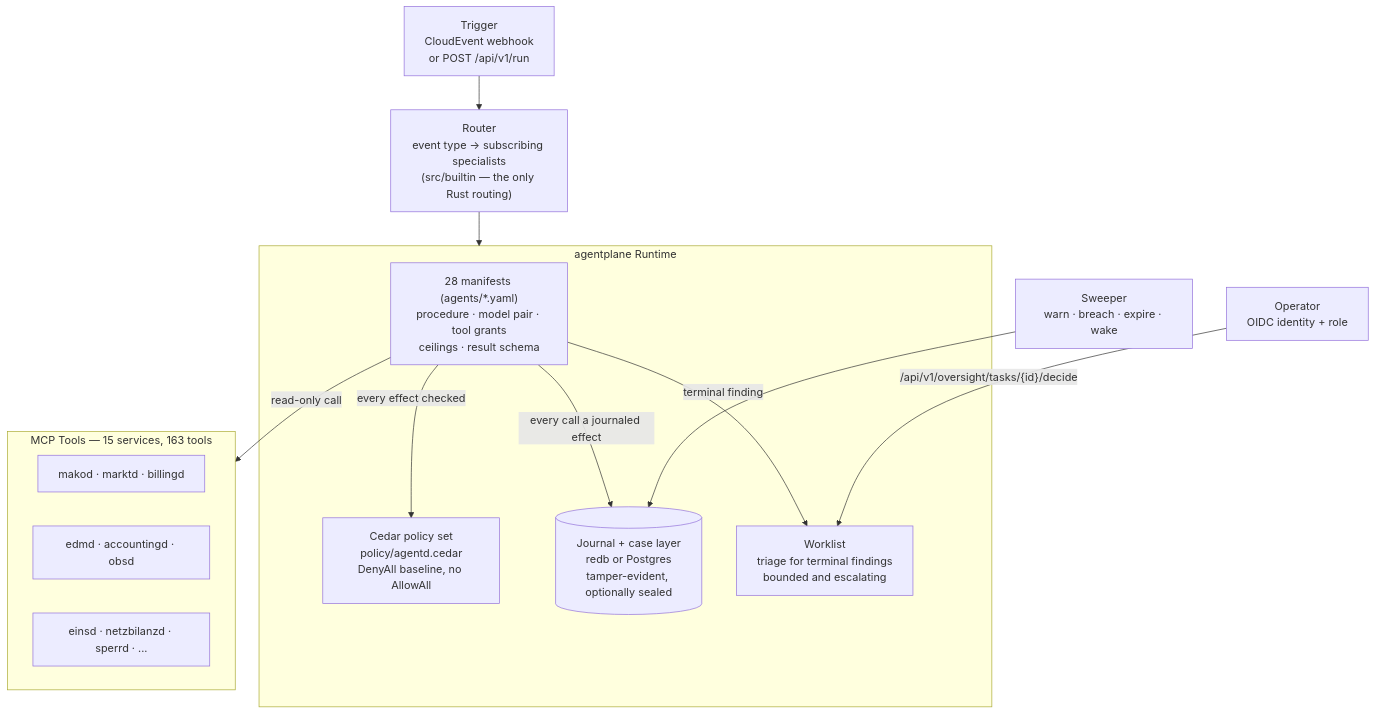
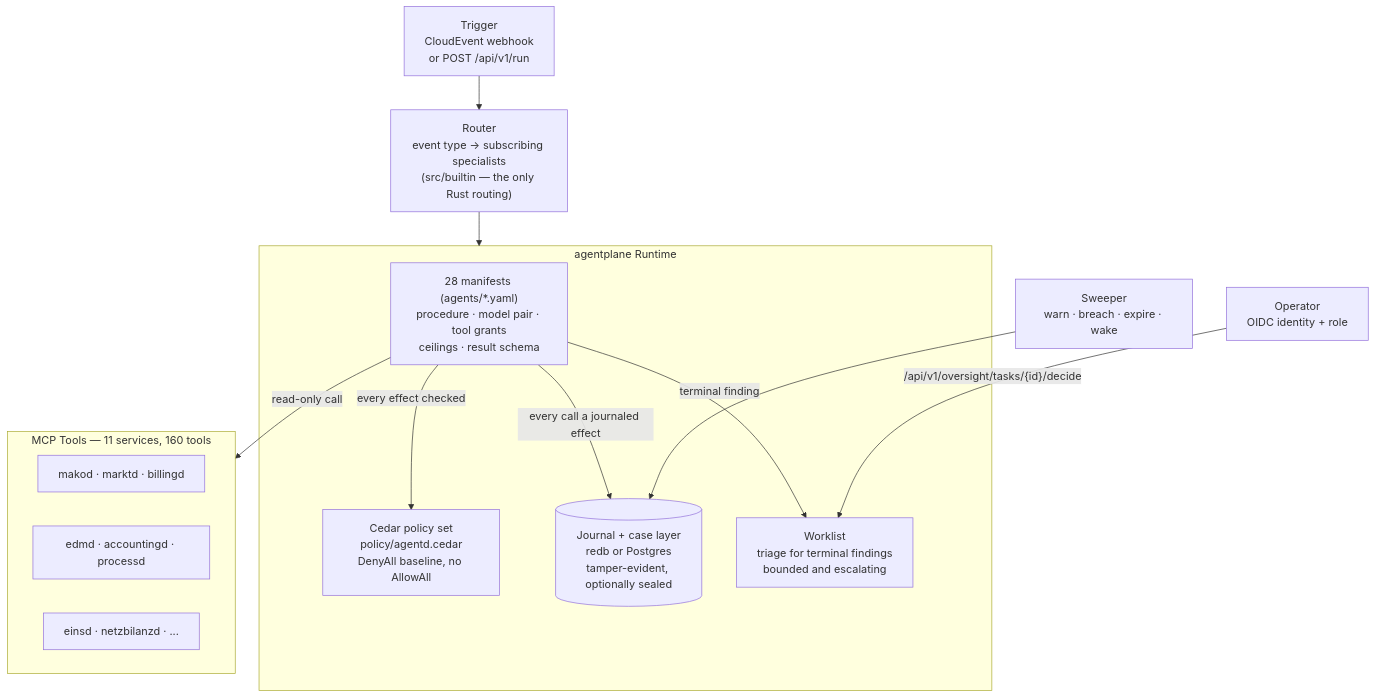
One commit to hupe1980/mako changed the first of 4 diagrams in site/content/docs/services/agentd.md. Above: the diagram before and after it, drawn with Mermaid. The commit also changed other lines of this file and 551 other files, not shown here.

````diff
--- a/site/content/docs/services/agentd.md
+++ b/site/content/docs/services/agentd.md
@@ -370,29 +395,29 @@
 ```mermaid
 graph TB
     TRIGGER["Trigger<br/>CloudEvent webhook<br/>or POST /api/v1/run"]
     ROUTER["Router<br/>event type → subscribing specialists<br/>(src/builtin — the only Rust routing)"]
 
     subgraph plane ["agentplane Runtime"]
         MANIFEST["28 manifests (agents/*.yaml)<br/>procedure · model pair · tool grants<br/>ceilings · result schema"]
         POLICY["Cedar policy set<br/>policy/agentd.cedar<br/>DenyAll baseline, no AllowAll"]
         JOURNAL[("Journal + case layer<br/>redb or Postgres<br/>tamper-evident, optionally sealed")]
         OVERSIGHT["Worklist<br/>triage for terminal findings<br/>bounded and escalating"]
     end
 
-    subgraph tools ["MCP Tools — 15 services, 163 tools"]
+    subgraph tools ["MCP Tools — 11 services, 160 tools"]
         T1["makod · marktd · billingd"]
-        T2["edmd · accountingd · obsd"]
-        T3["einsd · netzbilanzd · sperrd · ..."]
+        T2["edmd · accountingd · processd"]
+        T3["einsd · netzbilanzd · ..."]
     end
 
     HUMAN["Operator<br/>OIDC identity + role"]
     SWEEP["Sweeper<br/>warn · breach · expire · wake"]
 
     TRIGGER --> ROUTER --> plane
     MANIFEST -->|"every effect checked"| POLICY
     MANIFEST -->|"every call a journaled effect"| JOURNAL
     MANIFEST -->|"terminal finding"| OVERSIGHT
     HUMAN -->|"/api/v1/oversight/tasks/{id}/decide"| OVERSIGHT
     SWEEP --> JOURNAL
     MANIFEST -->|"read-only call"| tools
 ```
````
